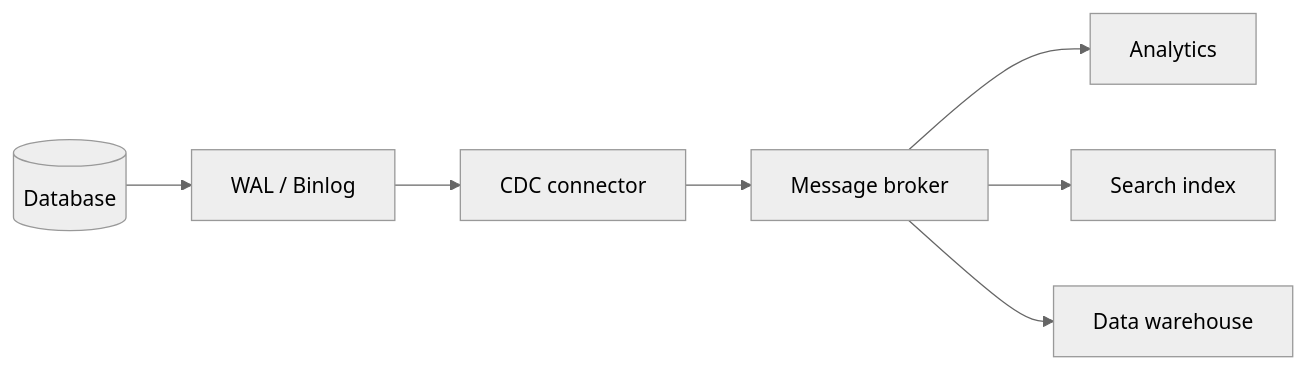
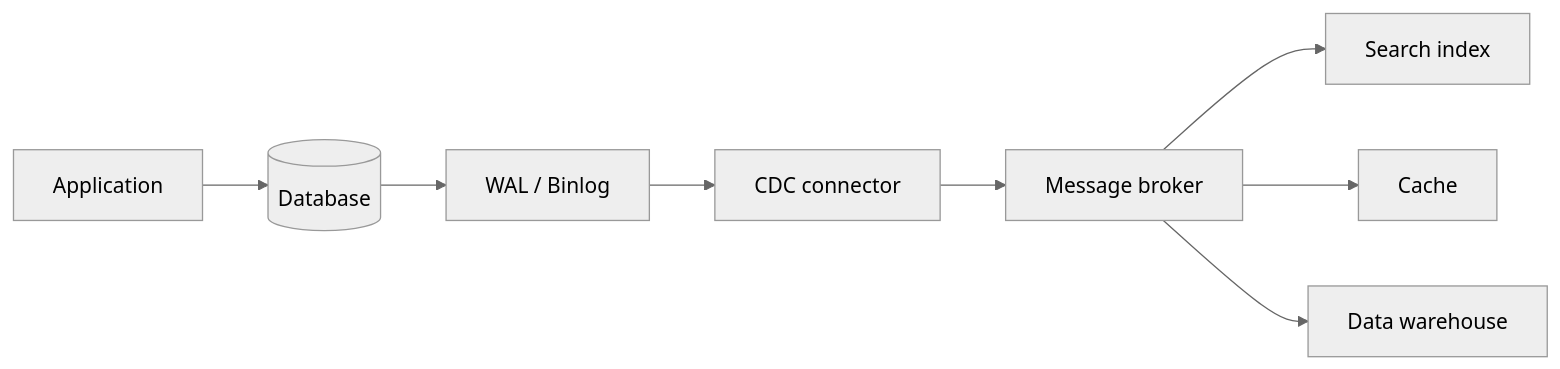
Before and after one commit to hareramcse/SystemDesign: diagram 20 of 24 in 06-messaging-and-events/README.md, drawn with Mermaid (neutral theme). The commit also changed other lines of this file and 14 other files, not shown here.

````diff
--- a/06-messaging-and-events/README.md
+++ b/06-messaging-and-events/README.md
@@ -4272,9 +2263,10 @@
 ```mermaid
 flowchart LR
-    DB[(Database)] --> Log[WAL / Binlog]
+    App[Application] --> DB[(Database)]
+    DB --> Log[WAL / Binlog]
     Log --> CDC[CDC connector]
     CDC --> Broker[Message broker]
-    Broker --> Analytics[Analytics]
     Broker --> Search[Search index]
+    Broker --> Cache[Cache]
     Broker --> DW[Data warehouse]
 ```
````
